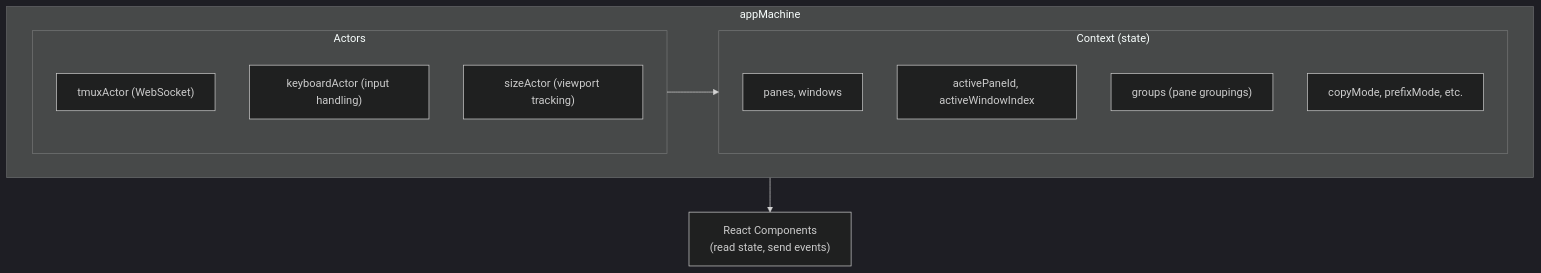
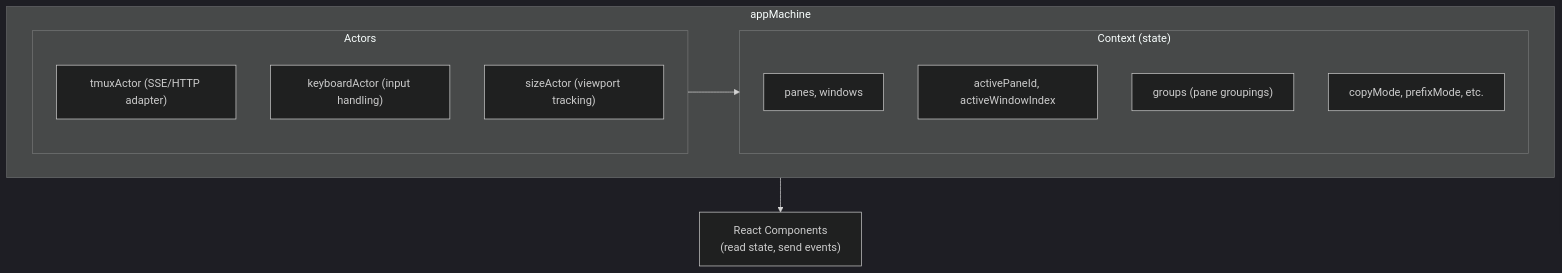
The second of 5 diagrams in docs/architecture.md (flplima/tmuxy), drawn with Mermaid (dark theme) before and after one commit. The commit also changed other lines of this file and 28 other files, not shown here.

First line of the commit message:
🔥 Remove all WebSocket references, document SSE/HTTP communication architecture

````diff
--- a/docs/architecture.md
+++ b/docs/architecture.md
@@ -148,21 +156,21 @@
 ```mermaid
 graph TD
     subgraph AppMachine["appMachine"]
         subgraph Actors
-            TA["tmuxActor (WebSocket)"]
+            TA["tmuxActor (SSE/HTTP adapter)"]
             KA["keyboardActor (input handling)"]
             SA["sizeActor (viewport tracking)"]
         end
 
         Actors --> Context
 
         subgraph Context["Context (state)"]
             PW["panes, windows"]
             Active["activePaneId, activeWindowIndex"]
             Groups["groups (pane groupings)"]
             Modes["copyMode, prefixMode, etc."]
         end
     end
 
     AppMachine --> RC["React Components<br/>(read state, send events)"]
 ```
````
